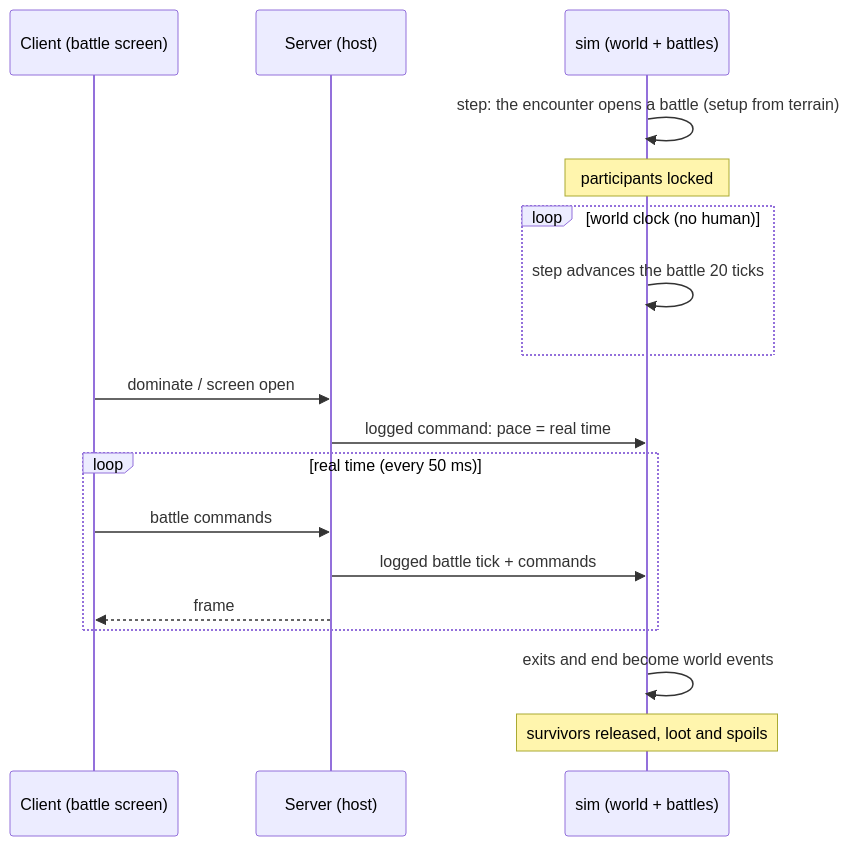
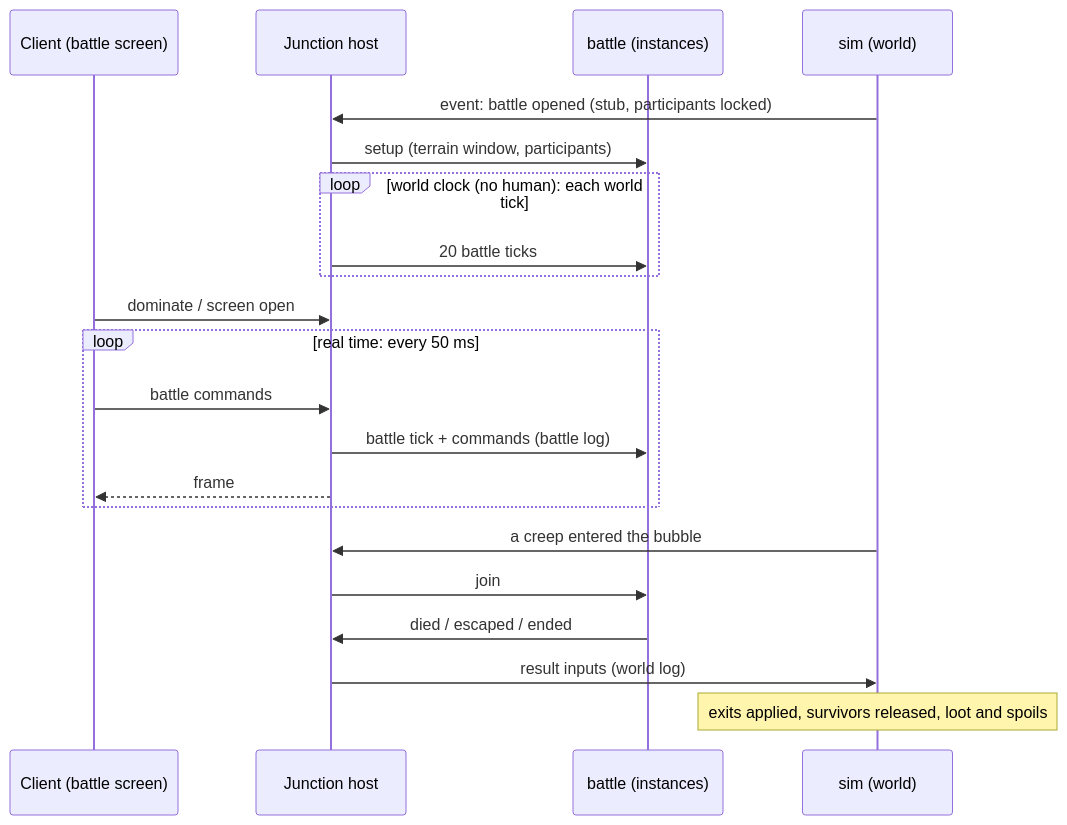
The diagram in docs/adr/0010-world-side-of-the-battle-contract.md (eliasfeijo/geometrix), drawn with Mermaid before and after one commit. The commit also changed other lines of this file and 4 other files, not shown here.

First line of the commit message:
docs: recommend battle instances next to the world in ADR-0010

````diff
--- a/docs/adr/0010-world-side-of-the-battle-contract.md
+++ b/docs/adr/0010-world-side-of-the-battle-contract.md
@@ -91,20 +95,23 @@
 ```mermaid
 sequenceDiagram
     participant C as Client (battle screen)
-    participant S as Server (host)
-    participant W as sim (world + battles)
-    W->>W: step: the encounter opens a battle (setup from terrain)
-    Note over W: participants locked
-    loop world clock (no human)
-        W->>W: step advances the battle 20 ticks
+    participant H as Junction host
+    participant B as battle (instances)
+    participant W as sim (world)
+    W->>H: event: battle opened (stub, participants locked)
+    H->>B: setup (terrain window, participants)
+    loop world clock (no human): each world tick
+        H->>B: 20 battle ticks
     end
-    C->>S: dominate / screen open
-    S->>W: logged command: pace = real time
-    loop real time (every 50 ms)
-        C->>S: battle commands
-        S->>W: logged battle tick + commands
-        S-->>C: frame
+    C->>H: dominate / screen open
+    loop real time: every 50 ms
+        C->>H: battle commands
+        H->>B: battle tick + commands (battle log)
+        H-->>C: frame
     end
-    W->>W: exits and end become world events
-    Note over W: survivors released, loot and spoils
+    W->>H: a creep entered the bubble
+    H->>B: join
+    B->>H: died / escaped / ended
+    H->>W: result inputs (world log)
+    Note over W: exits applied, survivors released, loot and spoils
 ```
````
